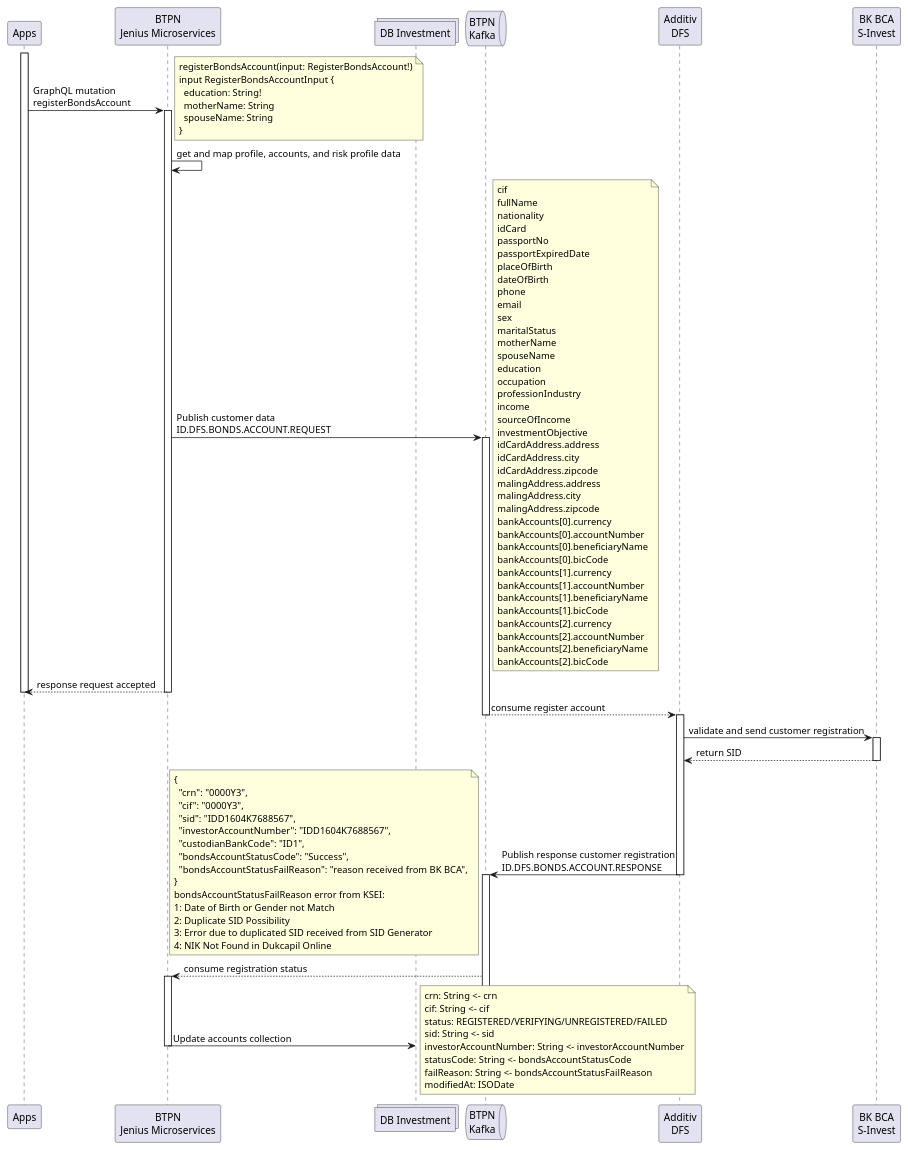
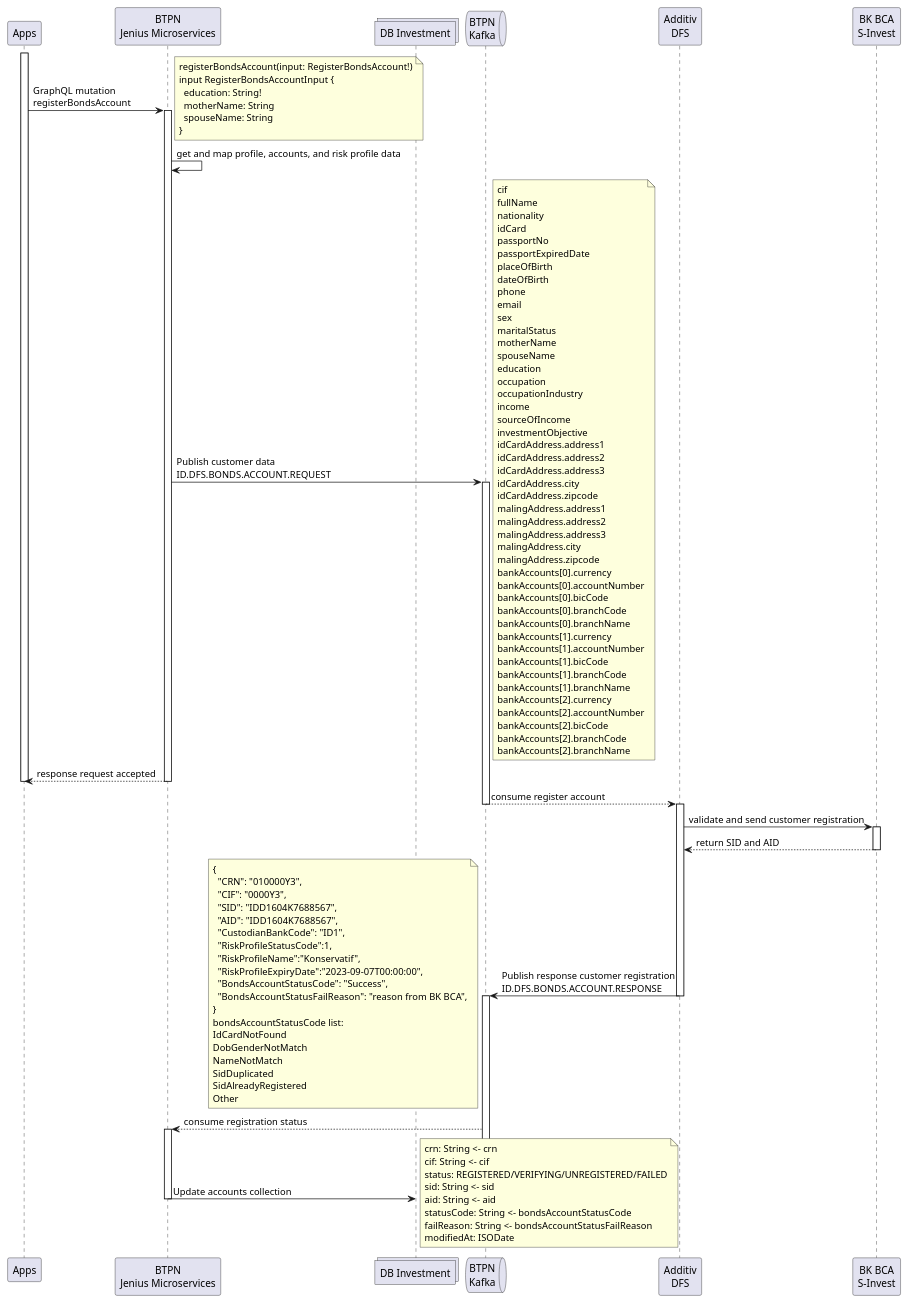
The diagram in bonds/high_openAccount.puml (iksena/jenius-uml), drawn with PlantUML before and after one commit. The commit also changed 8 other files, not shown here.

```diff
--- a/bonds/high_openAccount.puml
+++ b/bonds/high_openAccount.puml
@@ -1,108 +1,120 @@
 @startuml open account bonds
 participant "Apps" as app
 participant "BTPN\nJenius Microservices" as ms
 collections "DB Investment" as db
 queue "BTPN\nKafka" as kafka
 participant "Additiv\nDFS" as dfs
 participant "BK BCA\nS-Invest" as ksei
 
 activate app
 app -> ms: GraphQL mutation\nregisterBondsAccount
 note right
 registerBondsAccount(input: RegisterBondsAccount!)
 input RegisterBondsAccountInput {
   education: String!
   motherName: String
   spouseName: String
 }
 end note
 activate ms
 ms -> ms: get and map profile, accounts, and risk profile data
 ms -> kafka: Publish customer data\nID.DFS.BONDS.ACCOUNT.REQUEST
 note right
 cif
 fullName
 nationality
 idCard
 passportNo
 passportExpiredDate
 placeOfBirth
 dateOfBirth
 phone
 email
 sex
 maritalStatus
 motherName
 spouseName
 education
 occupation
-professionIndustry
+occupationIndustry
 income
 sourceOfIncome
 investmentObjective
-idCardAddress.address
+idCardAddress.address1
+idCardAddress.address2
+idCardAddress.address3
 idCardAddress.city
 idCardAddress.zipcode
-malingAddress.address
+malingAddress.address1
+malingAddress.address2
+malingAddress.address3
 malingAddress.city
 malingAddress.zipcode
 bankAccounts[0].currency
 bankAccounts[0].accountNumber
-bankAccounts[0].beneficiaryName
 bankAccounts[0].bicCode
+bankAccounts[0].branchCode
+bankAccounts[0].branchName
 bankAccounts[1].currency
 bankAccounts[1].accountNumber
-bankAccounts[1].beneficiaryName
 bankAccounts[1].bicCode
+bankAccounts[1].branchCode
+bankAccounts[1].branchName
 bankAccounts[2].currency
 bankAccounts[2].accountNumber
-bankAccounts[2].beneficiaryName
 bankAccounts[2].bicCode
+bankAccounts[2].branchCode
+bankAccounts[2].branchName
 end note
 activate kafka
 ms --> app: response request accepted
 deactivate ms
 deactivate app
 kafka --> dfs: consume register account
 deactivate kafka
 activate dfs
 dfs -> ksei: validate and send customer registration
 activate ksei
-ksei --> dfs: return SID 
+ksei --> dfs: return SID and AID
 deactivate ksei
 dfs -> kafka: Publish response customer registration\nID.DFS.BONDS.ACCOUNT.RESPONSE
 note left
 {
-  "crn": "0000Y3",
-  "cif": "0000Y3",
-  "sid": "IDD1604K7688567",
-  "investorAccountNumber": "IDD1604K7688567",
-  "custodianBankCode": "ID1",
-  "bondsAccountStatusCode": "Success",
-  "bondsAccountStatusFailReason": "reason received from BK BCA",
+  "CRN": "010000Y3",
+  "CIF": "0000Y3",
+  "SID": "IDD1604K7688567",
+  "AID": "IDD1604K7688567",
+  "CustodianBankCode": "ID1",
+  "RiskProfileStatusCode":1, 
+  "RiskProfileName":"Konservatif", 
+  "RiskProfileExpiryDate":"2023-09-07T00:00:00", 
+  "BondsAccountStatusCode": "Success",
+  "BondsAccountStatusFailReason": "reason from BK BCA",
 }
-bondsAccountStatusFailReason error from KSEI:
-1: Date of Birth or Gender not Match
-2: Duplicate SID Possibility
-3: Error due to duplicated SID received from SID Generator
-4: NIK Not Found in Dukcapil Online
+bondsAccountStatusCode list:
+IdCardNotFound
+DobGenderNotMatch
+NameNotMatch
+SidDuplicated
+SidAlreadyRegistered
+Other
 end note
 deactivate dfs
 activate kafka
 kafka --> ms: consume registration status
 activate ms
 ms -> db: Update accounts collection
 note right
 crn: String <- crn
 cif: String <- cif
 status: REGISTERED/VERIFYING/UNREGISTERED/FAILED
 sid: String <- sid
-investorAccountNumber: String <- investorAccountNumber
+aid: String <- aid
 statusCode: String <- bondsAccountStatusCode
 failReason: String <- bondsAccountStatusFailReason
 modifiedAt: ISODate
 end note
 deactivate ms
 deactivate kafka
 
 @enduml
```
